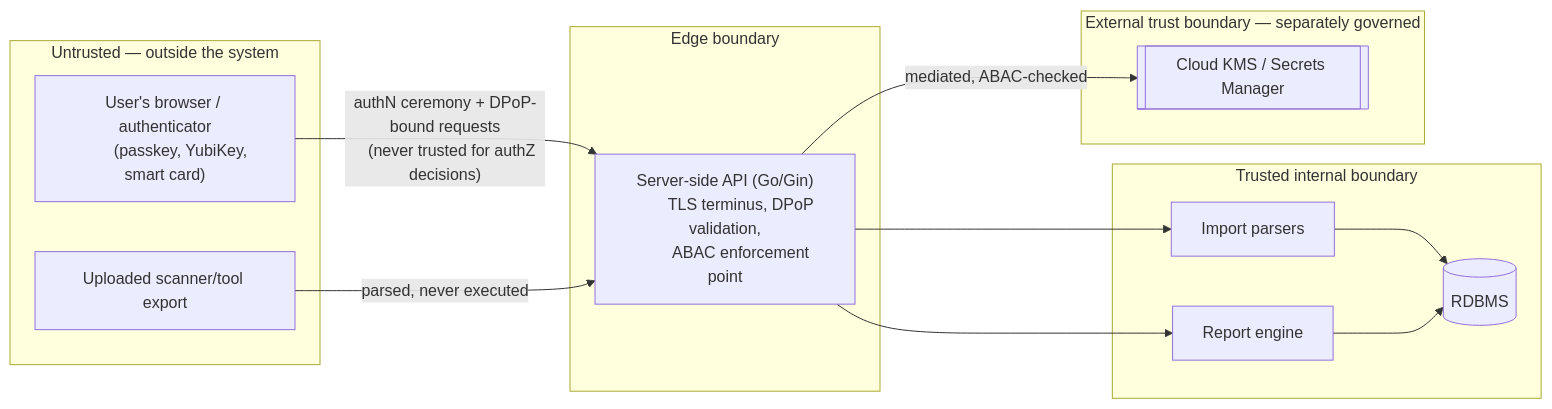
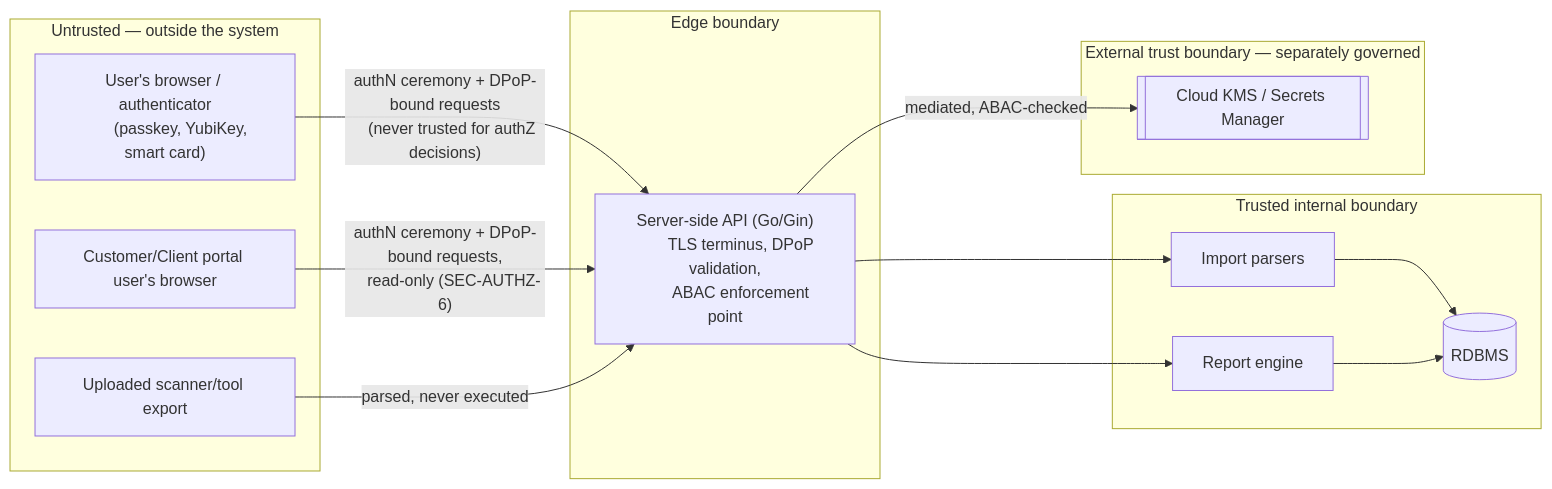
One commit to jmanico/reporTool changed the fourth of 4 diagrams in ARCHITECTURE.md. Above: the diagram before and after it, drawn with Mermaid. The commit also changed other lines of this file and 4 other files, not shown here.

````diff
--- a/ARCHITECTURE.md
+++ b/ARCHITECTURE.md
@@ -186,33 +197,36 @@
 ```mermaid
 graph LR
     subgraph untrusted["Untrusted — outside the system"]
         browser["User's browser / authenticator
         (passkey, YubiKey, smart card)"]
+        clientbrowser["Customer/Client portal user's browser"]
         toolfile["Uploaded scanner/tool export"]
     end
 
     subgraph edge["Edge boundary"]
         api["Server-side API (Go/Gin)
         TLS terminus, DPoP validation,
         ABAC enforcement point"]
     end
 
     subgraph trusted["Trusted internal boundary"]
         db[("RDBMS")]
         importer["Import parsers"]
         rpt["Report engine"]
     end
 
     subgraph external["External trust boundary — separately governed"]
         kms[["Cloud KMS / Secrets Manager"]]
     end
 
     browser -->|"authN ceremony + DPoP-bound requests
     (never trusted for authZ decisions)"| api
+    clientbrowser -->|"authN ceremony + DPoP-bound requests,
+    read-only (SEC-AUTHZ-6)"| api
     toolfile -->|"parsed, never executed"| api
     api --> importer --> db
     api --> rpt --> db
     api -->|"mediated, ABAC-checked"| kms
 
     classDef boundary fill:none,stroke-dasharray: 2 2;
 ```
````
